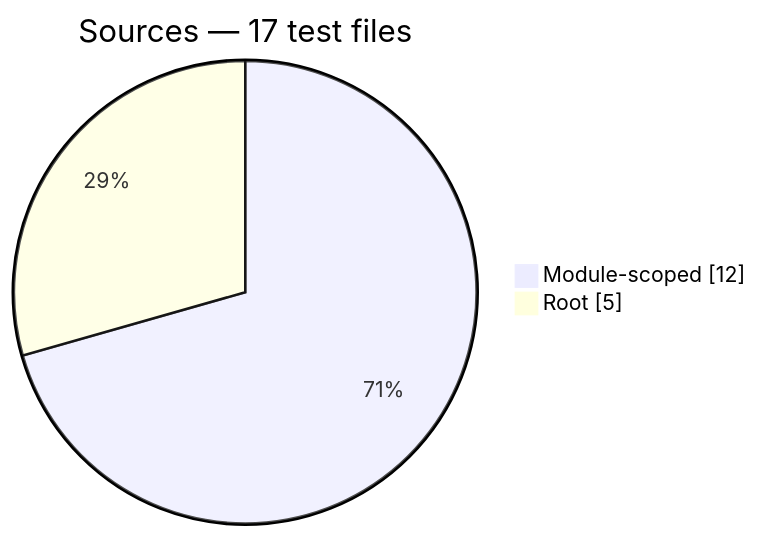
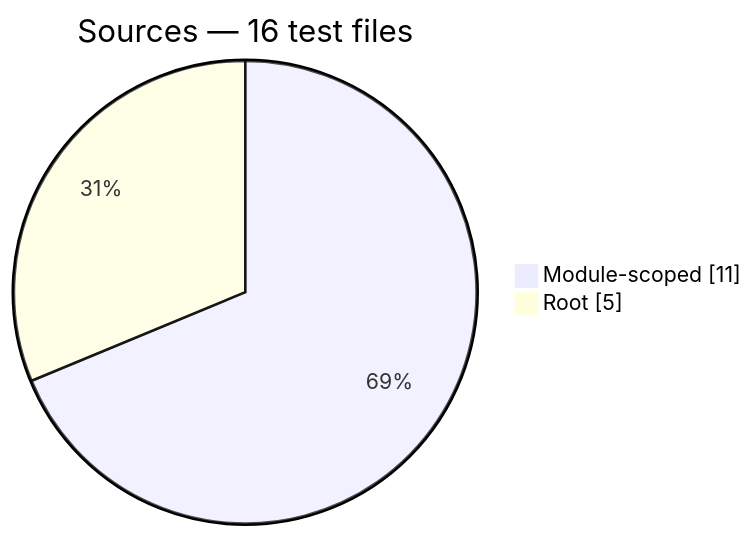
One commit to PHP-Arazzo/php-arazzo changed the fifth of 13 diagrams in docs/generated/test-composition.md. Above: the diagram before and after it, drawn with Mermaid. The commit also changed other lines of this file and 84 other files, not shown here.

````diff
--- a/docs/generated/test-composition.md
+++ b/docs/generated/test-composition.md
@@ -74,6 +74,6 @@
 ```mermaid
 pie showData
-    title Sources — 17 test files
-    "Module-scoped": 12
+    title Sources — 16 test files
+    "Module-scoped": 11
     "Root": 5
 ```
````
